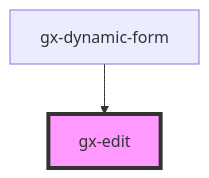
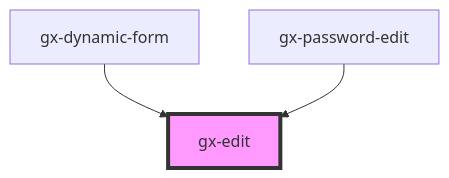
Before and after one commit to genexuslabs/web-controls-library: the diagram in src/components/edit/readme.md, drawn with Mermaid. The commit also changed other lines of this file and 28 other files, not shown here.

First line of the commit message:
Fixes and improvements for `gx-edit` and `gx-password-edit` controls (#324)

````diff
--- a/src/components/edit/readme.md
+++ b/src/components/edit/readme.md
@@ -80,5 +100,6 @@
 ```mermaid
 graph TD;
   gx-dynamic-form --> gx-edit
+  gx-password-edit --> gx-edit
   style gx-edit fill:#f9f,stroke:#333,stroke-width:4px
 ```
````
